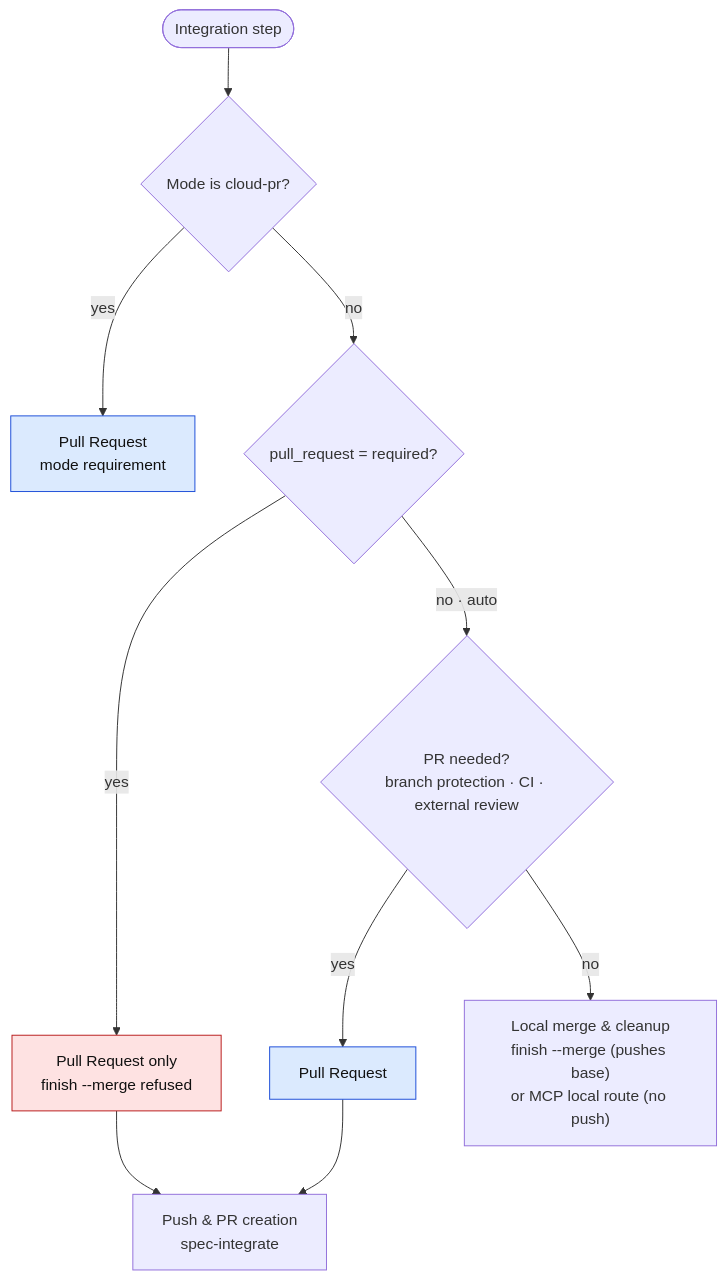
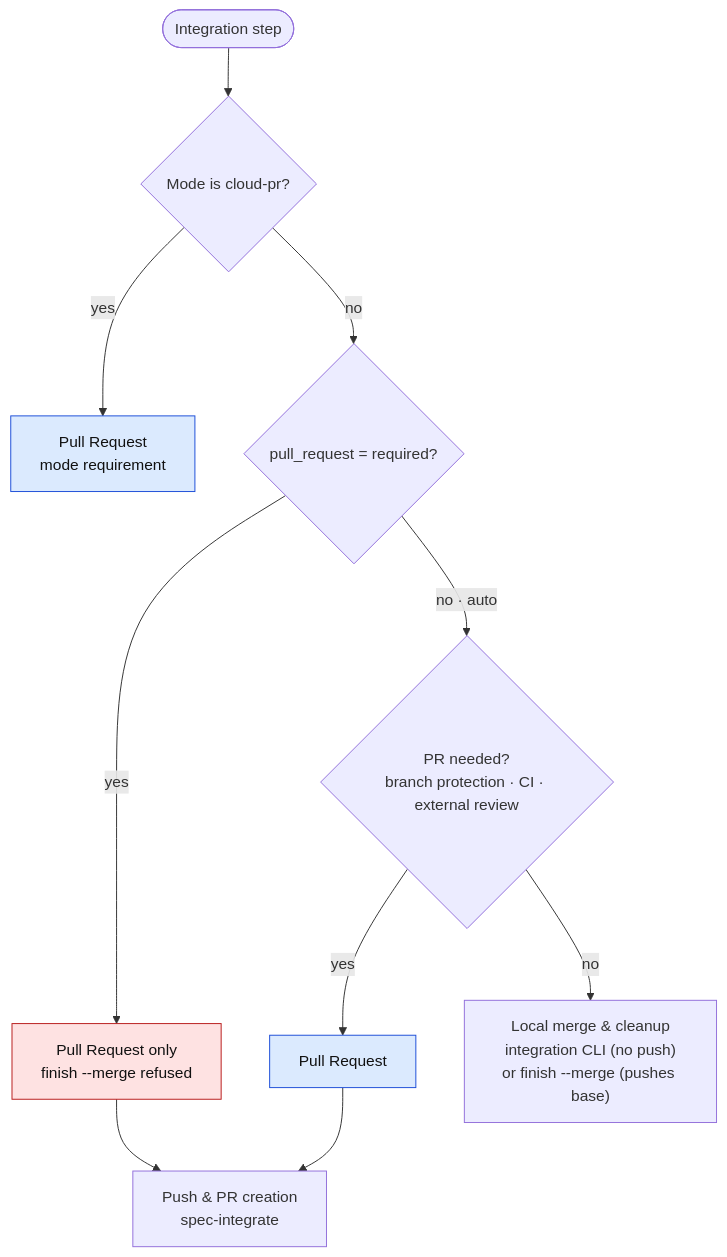
Before and after one commit to mjkimR/devkit: the second of 2 diagrams in docs/architecture/ARCH-04-2-delivery-policy.md, drawn with Mermaid. The commit also changed other lines of this file and 45 other files, not shown here.

Commit message:
feat(cli): route host lifecycle through commands

````diff
--- a/docs/architecture/ARCH-04-2-delivery-policy.md
+++ b/docs/architecture/ARCH-04-2-delivery-policy.md
@@ -76,14 +76,14 @@
 ```mermaid
 flowchart TD
     S([Integration step]) --> A{"Mode is cloud-pr?"}
     A -->|yes| P1[Pull Request<br/>mode requirement]:::need
     A -->|no| B{"pull_request = required?"}
     B -->|yes| P2[Pull Request only<br/>finish --merge refused]:::req
     B -->|no · auto| C{"PR needed?<br/>branch protection · CI · external review"}
     C -->|yes| P3[Pull Request]:::need
-    C -->|no| M["Local merge & cleanup<br/>finish --merge (pushes base)<br/>or MCP local route (no push)"]
+    C -->|no| M["Local merge & cleanup<br/>integration CLI (no push)<br/>or finish --merge (pushes base)"]
     P2 & P3 --> W[Push & PR creation<br/>spec-integrate]
 
     classDef need fill:#dbeafe,stroke:#1d4ed8,color:#111
     classDef req fill:#fee2e2,stroke:#b91c1c,color:#111
 ```
````
